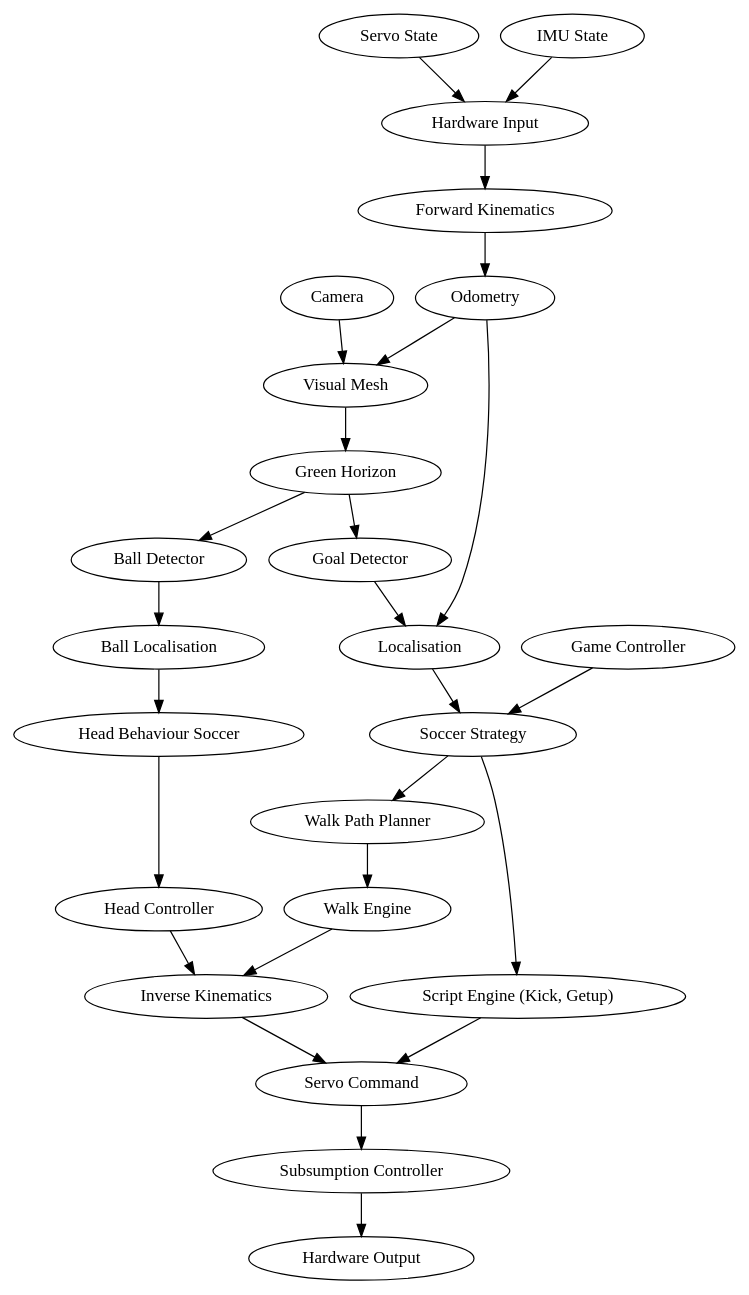
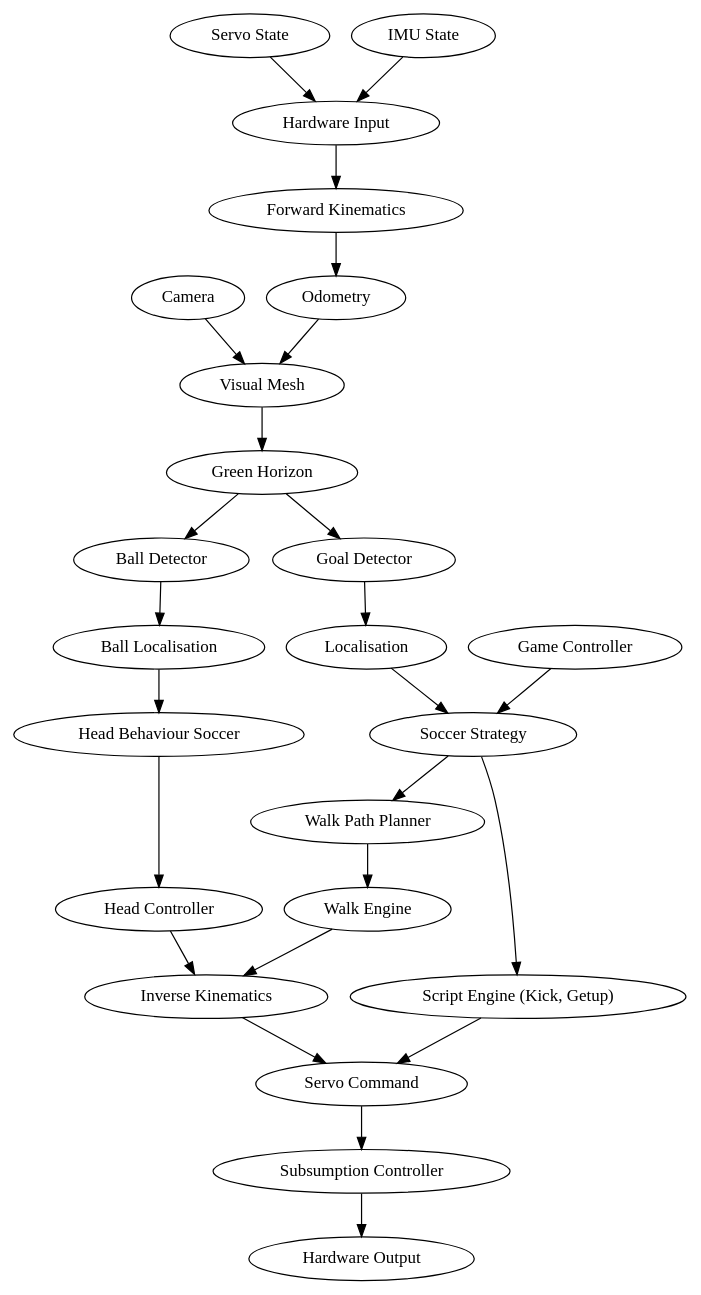
One commit to NUbots/NUbook changed the diagram in src/book/02-system/01-foundations/01-overview.mdx. Above: the diagram before and after it, drawn with Graphviz.

Commit message:
Remove transitive

````diff
--- a/src/book/02-system/01-foundations/01-overview.mdx
+++ b/src/book/02-system/01-foundations/01-overview.mdx
@@ -77,14 +77,14 @@
 ```dot
 # A graph of the system
 digraph {
     "Camera" -> "Visual Mesh" -> "Green Horizon" -> {"Ball Detector", "Goal Detector"}
-    {"Servo State", "IMU State"} -> "Hardware Input" -> "Forward Kinematics" -> "Odometry" -> {"Visual Mesh", "Localisation"}
+    {"Servo State", "IMU State"} -> "Hardware Input" -> "Forward Kinematics" -> "Odometry" -> "Visual Mesh"
     "Goal Detector" -> "Localisation" -> "Soccer Strategy"
     "Soccer Strategy" -> "Walk Path Planner" -> "Walk Engine" -> "Inverse Kinematics"
     "Soccer Strategy" -> "Script Engine (Kick, Getup)" -> "Servo Command"
     "Ball Detector" -> "Ball Localisation"
     "Game Controller" -> "Soccer Strategy"
     "Ball Localisation" -> "Head Behaviour Soccer" -> "Head Controller" -> "Inverse Kinematics" -> "Servo Command"
     "Servo Command" -> "Subsumption Controller" -> "Hardware Output"
 }
 ```
````
